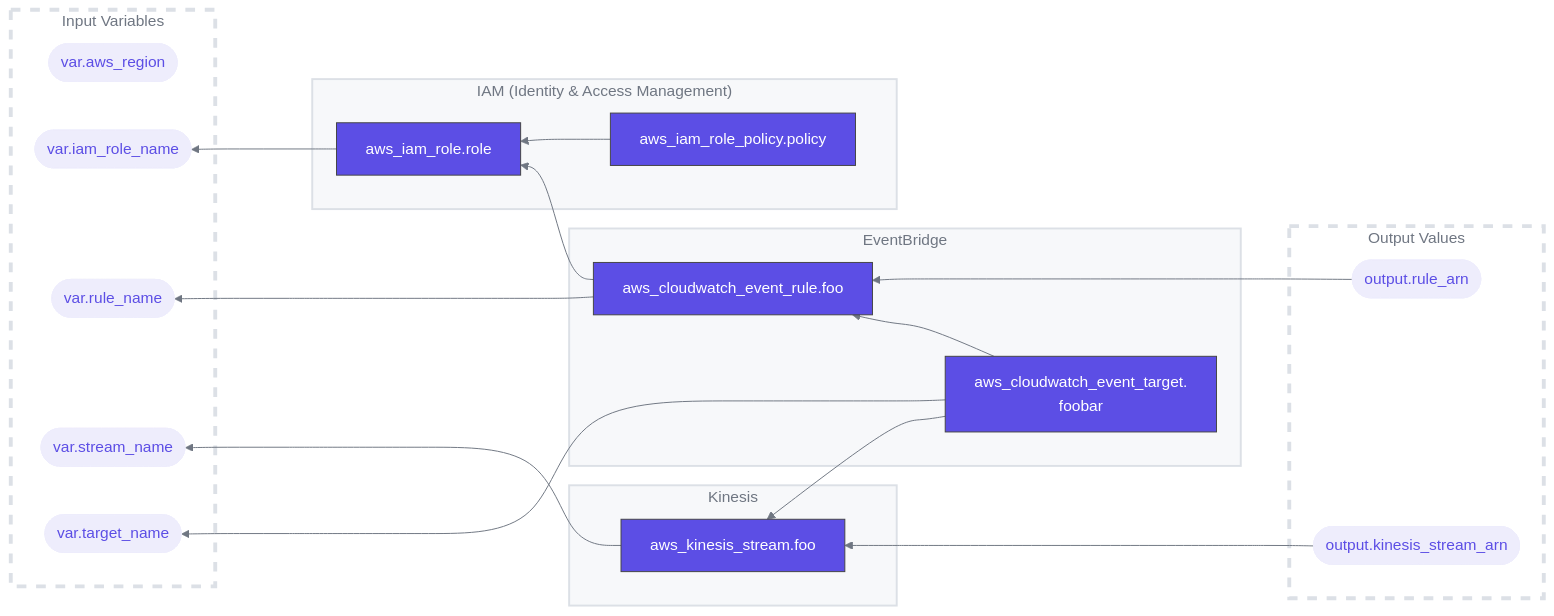
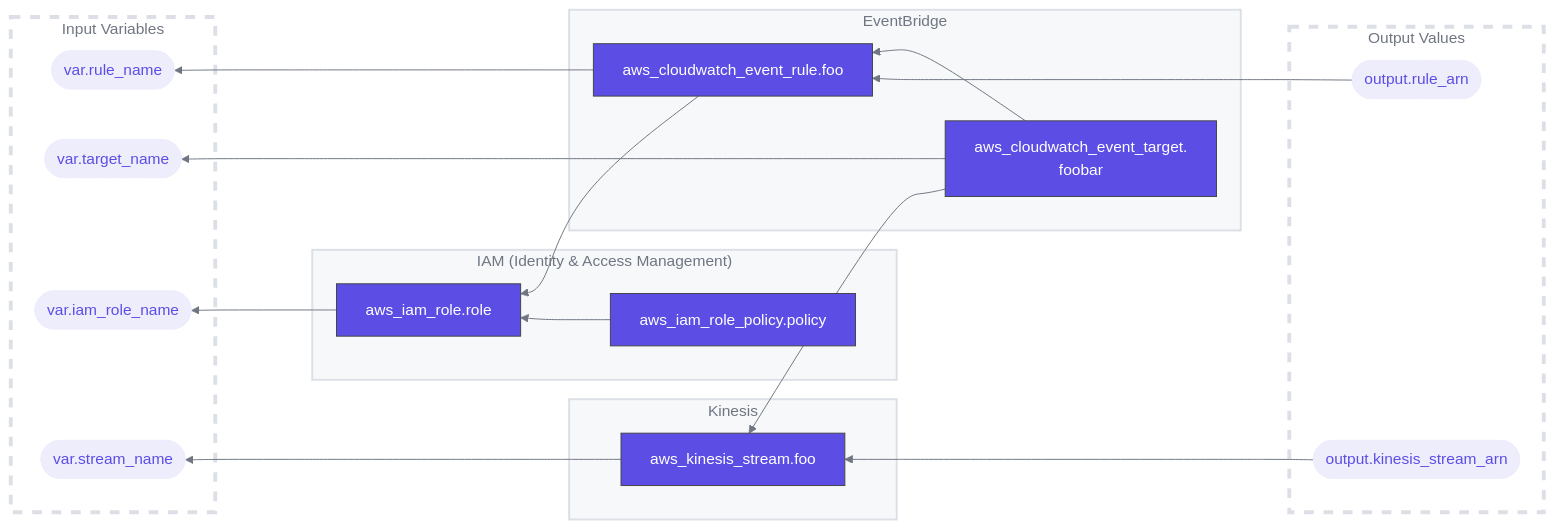
The third of 17 diagrams in README.md (asannou/tfmermaid-action), drawn with Mermaid before and after one commit. The commit also changed other lines of this file, not shown here.

````diff
--- a/README.md
+++ b/README.md
@@ -210,48 +210,47 @@
 ```mermaid
 %%tfmermaid:terraform-provider-aws/examples/events/kinesis
 %%{init:{"theme":"default","themeVariables":{"lineColor":"#6f7682","textColor":"#6f7682"}}}%%
 flowchart RL
 classDef r fill:#5c4ee5,stroke:#444,color:#fff
 classDef v fill:#eeedfc,stroke:#eeedfc,color:#5c4ee5
 classDef ms fill:none,stroke:#dce0e6,stroke-width:2px
 classDef vs fill:none,stroke:#dce0e6,stroke-width:4px,stroke-dasharray:10
 classDef ps fill:none,stroke:none
 classDef cs fill:#f7f8fa,stroke:#dce0e6,stroke-width:2px
 subgraph "n0"["EventBridge"]
 n1["aws_cloudwatch_event_rule.foo"]:::r
 n2["aws_cloudwatch_event_target.<br/>foobar"]:::r
 end
 class n0 cs
 subgraph "n3"["IAM (Identity & Access Management)"]
 n4["aws_iam_role.role"]:::r
 n5["aws_iam_role_policy.policy"]:::r
 end
 class n3 cs
-subgraph "n6"["Kinesis"]
-n7["aws_kinesis_stream.foo"]:::r
+subgraph "n6"["Input Variables"]
+n7(["var.rule_name"]):::v
+n8(["var.target_name"]):::v
+n9(["var.iam_role_name"]):::v
+na(["var.stream_name"]):::v
 end
-class n6 cs
-subgraph "n8"["Output Values"]
-n9(["output.kinesis_stream_arn"]):::v
-na(["output.rule_arn"]):::v
+class n6 vs
+subgraph "nb"["Kinesis"]
+nc["aws_kinesis_stream.foo"]:::r
 end
-class n8 vs
-subgraph "nb"["Input Variables"]
-nc(["var.aws_region"]):::v
-nd(["var.iam_role_name"]):::v
-ne(["var.rule_name"]):::v
-nf(["var.stream_name"]):::v
-ng(["var.target_name"]):::v
+class nb cs
+subgraph "nd"["Output Values"]
+ne(["output.kinesis_stream_arn"]):::v
+nf(["output.rule_arn"]):::v
 end
-class nb vs
+class nd vs
 n1-->n4
-n1--->ne
+n1--->n7
 n2-->n1
-n2-->n7
-n2--->ng
-n4--->nd
+n2-->nc
+n2--->n8
+n4--->n9
 n5-->n4
-n7--->nf
-n9--->n7
-na--->n1
+nc--->na
+ne--->nc
+nf--->n1
 ```
````
